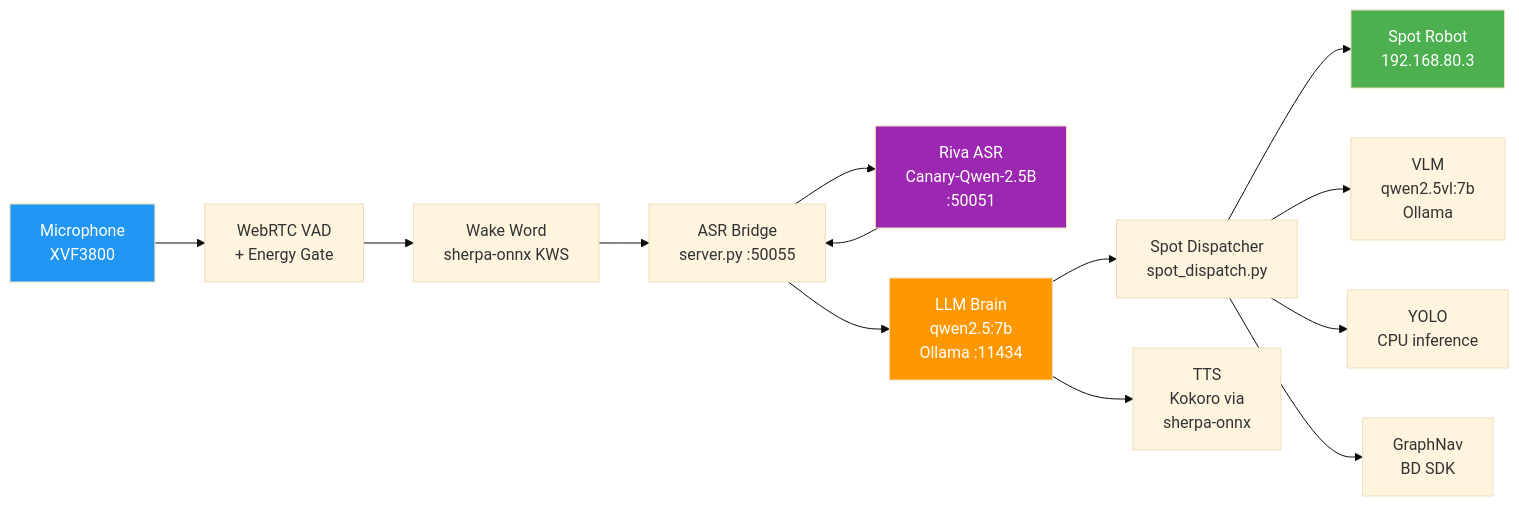
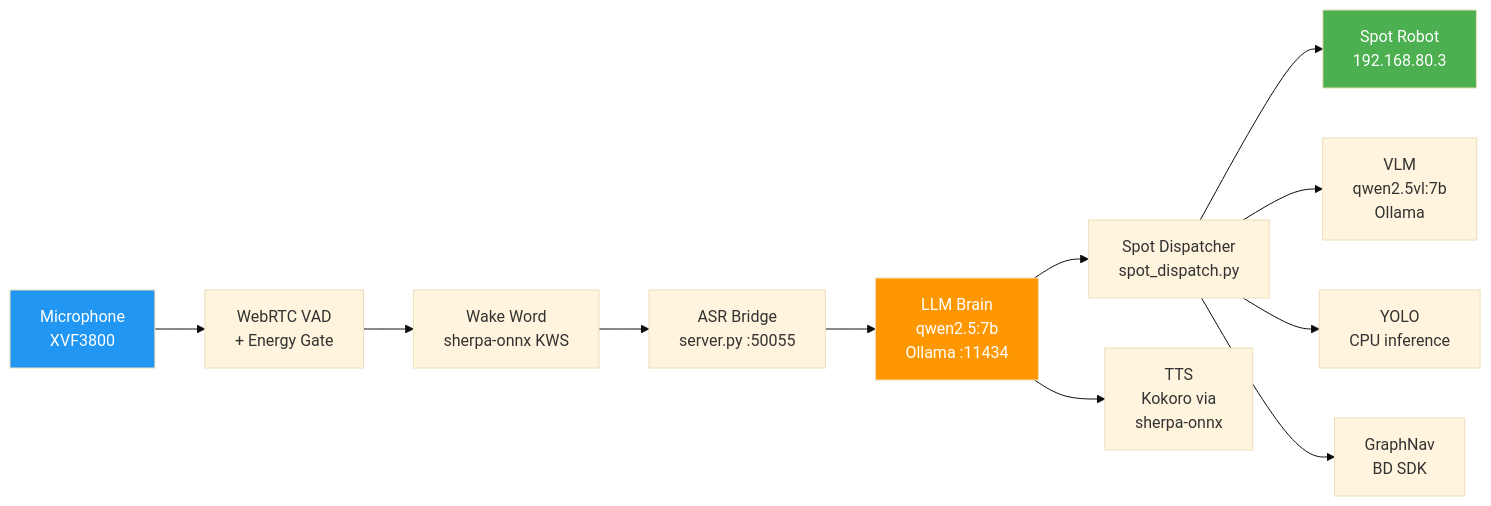
The diagram in docs/architecture/overview.md (matteo-corrado/dartmouth_spot_capstone), drawn with Mermaid (base theme) before and after one commit. The commit also changed other lines of this file and 18 other files, not shown here.

````diff
--- a/docs/architecture/overview.md
+++ b/docs/architecture/overview.md
@@ -9,21 +9,18 @@
 ```mermaid
 graph LR
     MIC[Microphone<br/>XVF3800] --> VAD[WebRTC VAD<br/>+ Energy Gate]
     VAD --> KWS[Wake Word<br/>sherpa-onnx KWS]
     KWS --> ASR[ASR Bridge<br/>server.py :50055]
-    ASR --> RIVA[Riva ASR<br/>Canary-Qwen-2.5B<br/>:50051]
-    RIVA --> ASR
     ASR --> BRAIN[LLM Brain<br/>qwen2.5:7b<br/>Ollama :11434]
     BRAIN --> DISPATCH[Spot Dispatcher<br/>spot_dispatch.py]
     DISPATCH --> SPOT[Spot Robot<br/>192.168.80.3]
 
     BRAIN --> TTS[TTS<br/>Kokoro via<br/>sherpa-onnx]
     DISPATCH --> VLM[VLM<br/>qwen2.5vl:7b<br/>Ollama]
     DISPATCH --> YOLO[YOLO<br/>CPU inference]
     DISPATCH --> GNAV[GraphNav<br/>BD SDK]
 
     style MIC fill:#2196F3,color:#fff
     style SPOT fill:#4CAF50,color:#fff
     style BRAIN fill:#FF9800,color:#fff
-    style RIVA fill:#9C27B0,color:#fff
 ```
````
